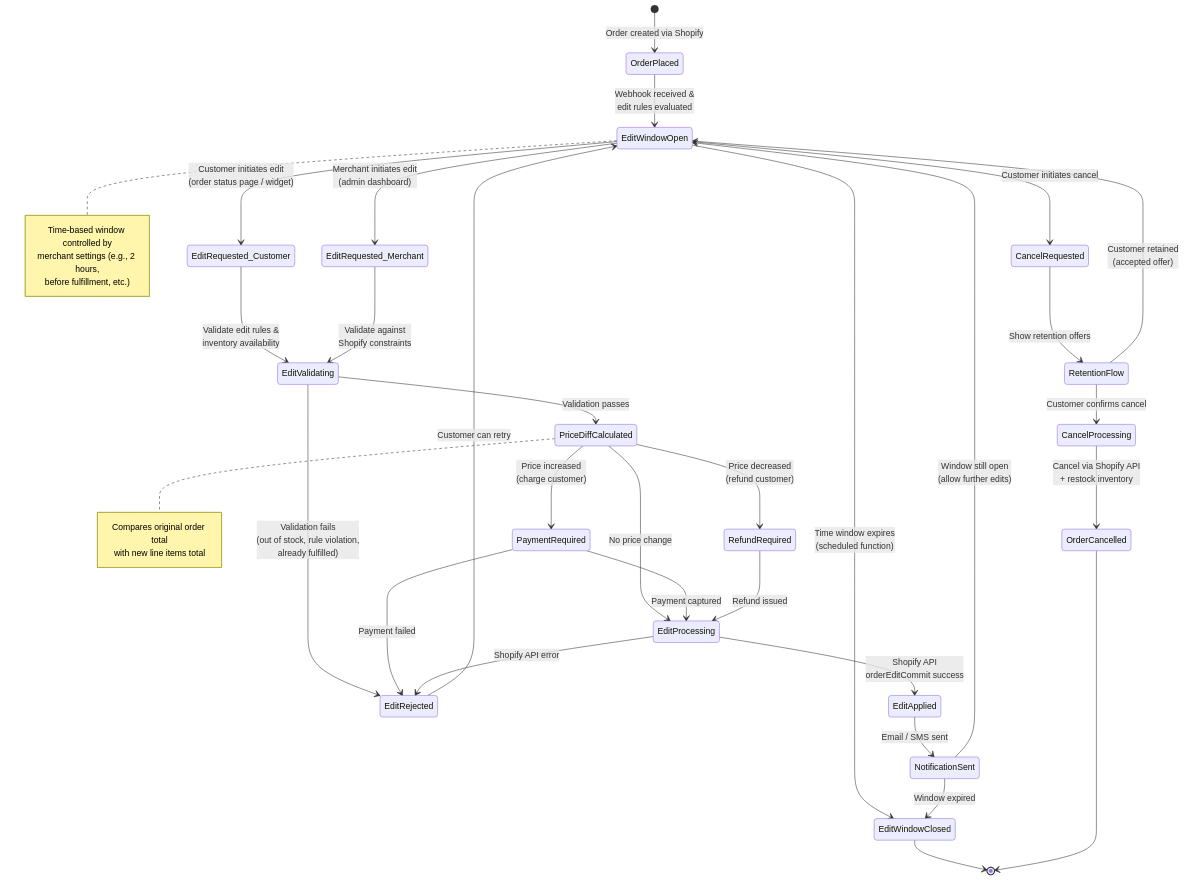
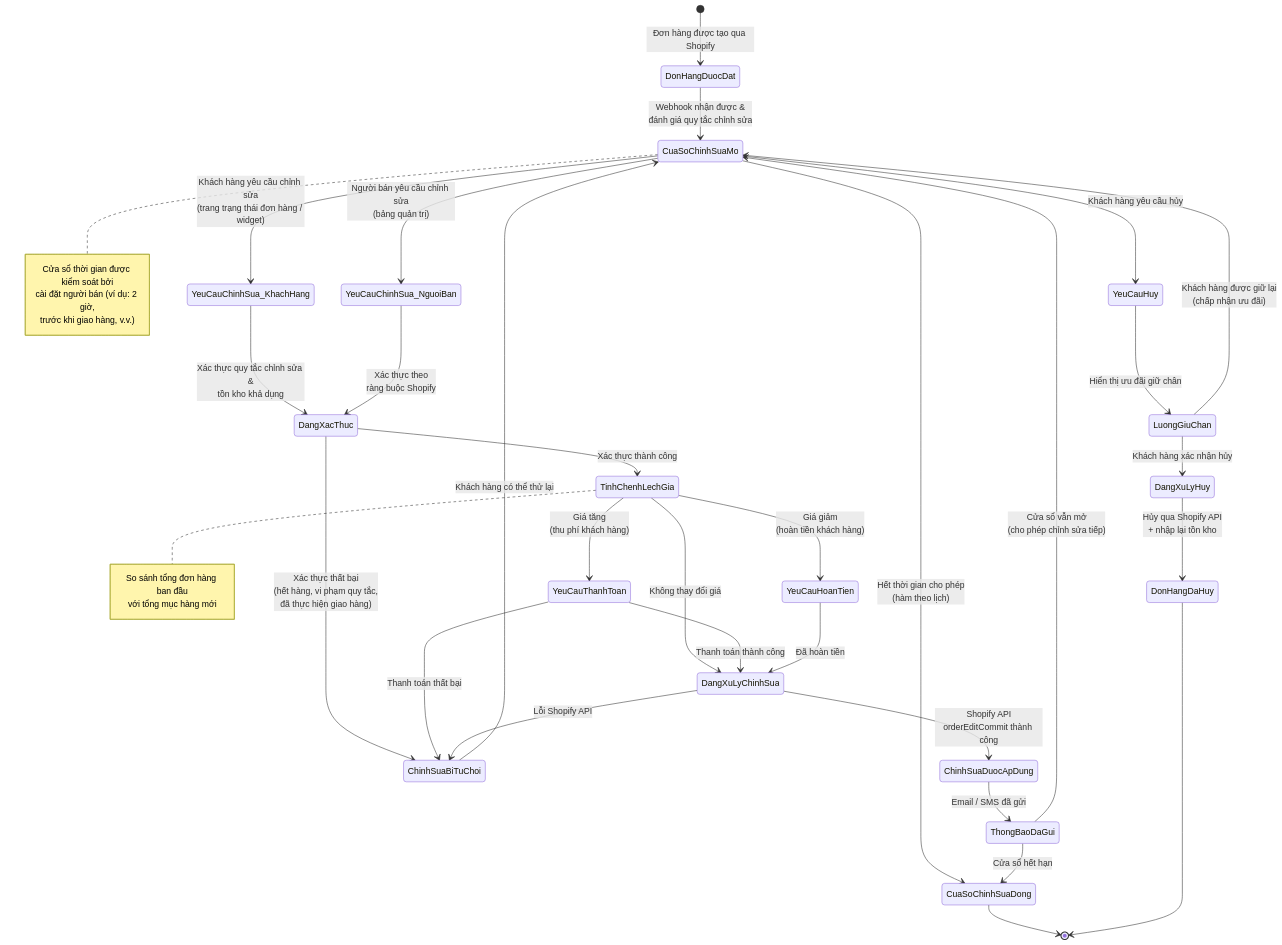
Before and after one commit to Roger-46/test: the second of 10 diagrams in order editing/research/08-diagrams.md, drawn with Mermaid. The commit also changed other lines of this file and 20 other files, not shown here.

````diff
--- a/order editing/research/08-diagrams.md
+++ b/order editing/research/08-diagrams.md
@@ -94,52 +94,52 @@
 ```mermaid
 stateDiagram-v2
-    [*] --> OrderPlaced: Order created via Shopify
+    [*] --> DonHangDuocDat: Đơn hàng được tạo qua Shopify
 
-    OrderPlaced --> EditWindowOpen: Webhook received &<br/>edit rules evaluated
+    DonHangDuocDat --> CuaSoChinhSuaMo: Webhook nhận được &<br/>đánh giá quy tắc chỉnh sửa
 
-    EditWindowOpen --> EditRequested_Customer: Customer initiates edit<br/>(order status page / widget)
-    EditWindowOpen --> EditRequested_Merchant: Merchant initiates edit<br/>(admin dashboard)
-    EditWindowOpen --> CancelRequested: Customer initiates cancel
-    EditWindowOpen --> EditWindowClosed: Time window expires<br/>(scheduled function)
+    CuaSoChinhSuaMo --> YeuCauChinhSua_KhachHang: Khách hàng yêu cầu chỉnh sửa<br/>(trang trạng thái đơn hàng / widget)
+    CuaSoChinhSuaMo --> YeuCauChinhSua_NguoiBan: Người bán yêu cầu chỉnh sửa<br/>(bảng quản trị)
+    CuaSoChinhSuaMo --> YeuCauHuy: Khách hàng yêu cầu hủy
+    CuaSoChinhSuaMo --> CuaSoChinhSuaDong: Hết thời gian cho phép<br/>(hàm theo lịch)
 
-    EditRequested_Customer --> EditValidating: Validate edit rules &<br/>inventory availability
-    EditRequested_Merchant --> EditValidating: Validate against<br/>Shopify constraints
+    YeuCauChinhSua_KhachHang --> DangXacThuc: Xác thực quy tắc chỉnh sửa &<br/>tồn kho khả dụng
+    YeuCauChinhSua_NguoiBan --> DangXacThuc: Xác thực theo<br/>ràng buộc Shopify
 
-    EditValidating --> EditRejected: Validation fails<br/>(out of stock, rule violation,<br/>already fulfilled)
-    EditValidating --> PriceDiffCalculated: Validation passes
+    DangXacThuc --> ChinhSuaBiTuChoi: Xác thực thất bại<br/>(hết hàng, vi phạm quy tắc,<br/>đã thực hiện giao hàng)
+    DangXacThuc --> TinhChenhLechGia: Xác thực thành công
 
-    PriceDiffCalculated --> PaymentRequired: Price increased<br/>(charge customer)
-    PriceDiffCalculated --> RefundRequired: Price decreased<br/>(refund customer)
-    PriceDiffCalculated --> EditProcessing: No price change
+    TinhChenhLechGia --> YeuCauThanhToan: Giá tăng<br/>(thu phí khách hàng)
+    TinhChenhLechGia --> YeuCauHoanTien: Giá giảm<br/>(hoàn tiền khách hàng)
+    TinhChenhLechGia --> DangXuLyChinhSua: Không thay đổi giá
 
-    PaymentRequired --> EditProcessing: Payment captured
-    PaymentRequired --> EditRejected: Payment failed
-    RefundRequired --> EditProcessing: Refund issued
+    YeuCauThanhToan --> DangXuLyChinhSua: Thanh toán thành công
+    YeuCauThanhToan --> ChinhSuaBiTuChoi: Thanh toán thất bại
+    YeuCauHoanTien --> DangXuLyChinhSua: Đã hoàn tiền
 
-    EditProcessing --> EditApplied: Shopify API<br/>orderEditCommit success
-    EditProcessing --> EditRejected: Shopify API error
+    DangXuLyChinhSua --> ChinhSuaDuocApDung: Shopify API<br/>orderEditCommit thành công
+    DangXuLyChinhSua --> ChinhSuaBiTuChoi: Lỗi Shopify API
 
-    EditApplied --> NotificationSent: Email / SMS sent
-    NotificationSent --> EditWindowOpen: Window still open<br/>(allow further edits)
-    NotificationSent --> EditWindowClosed: Window expired
+    ChinhSuaDuocApDung --> ThongBaoDaGui: Email / SMS đã gửi
+    ThongBaoDaGui --> CuaSoChinhSuaMo: Cửa sổ vẫn mở<br/>(cho phép chỉnh sửa tiếp)
+    ThongBaoDaGui --> CuaSoChinhSuaDong: Cửa sổ hết hạn
 
-    CancelRequested --> RetentionFlow: Show retention offers
-    RetentionFlow --> EditWindowOpen: Customer retained<br/>(accepted offer)
-    RetentionFlow --> CancelProcessing: Customer confirms cancel
-    CancelProcessing --> OrderCancelled: Cancel via Shopify API<br/>+ restock inventory
+    YeuCauHuy --> LuongGiuChan: Hiển thị ưu đãi giữ chân
+    LuongGiuChan --> CuaSoChinhSuaMo: Khách hàng được giữ lại<br/>(chấp nhận ưu đãi)
+    LuongGiuChan --> DangXuLyHuy: Khách hàng xác nhận hủy
+    DangXuLyHuy --> DonHangDaHuy: Hủy qua Shopify API<br/>+ nhập lại tồn kho
 
-    EditRejected --> EditWindowOpen: Customer can retry
-    EditWindowClosed --> [*]
-    OrderCancelled --> [*]
+    ChinhSuaBiTuChoi --> CuaSoChinhSuaMo: Khách hàng có thể thử lại
+    CuaSoChinhSuaDong --> [*]
+    DonHangDaHuy --> [*]
 
-    note right of EditWindowOpen
-        Time-based window controlled by
-        merchant settings (e.g., 2 hours,
-        before fulfillment, etc.)
+    note right of CuaSoChinhSuaMo
+        Cửa sổ thời gian được kiểm soát bởi
+        cài đặt người bán (ví dụ: 2 giờ,
+        trước khi giao hàng, v.v.)
     end note
 
-    note right of PriceDiffCalculated
-        Compares original order total
-        with new line items total
+    note right of TinhChenhLechGia
+        So sánh tổng đơn hàng ban đầu
+        với tổng mục hàng mới
     end note
 ```
````
